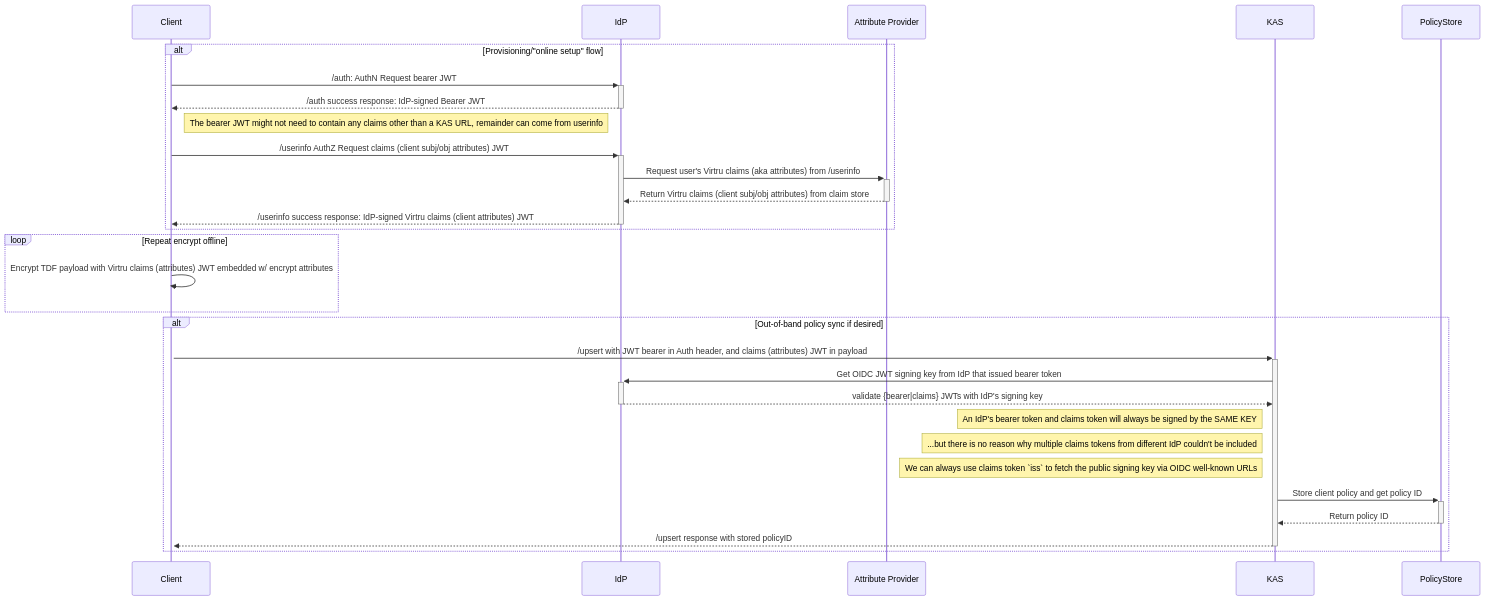
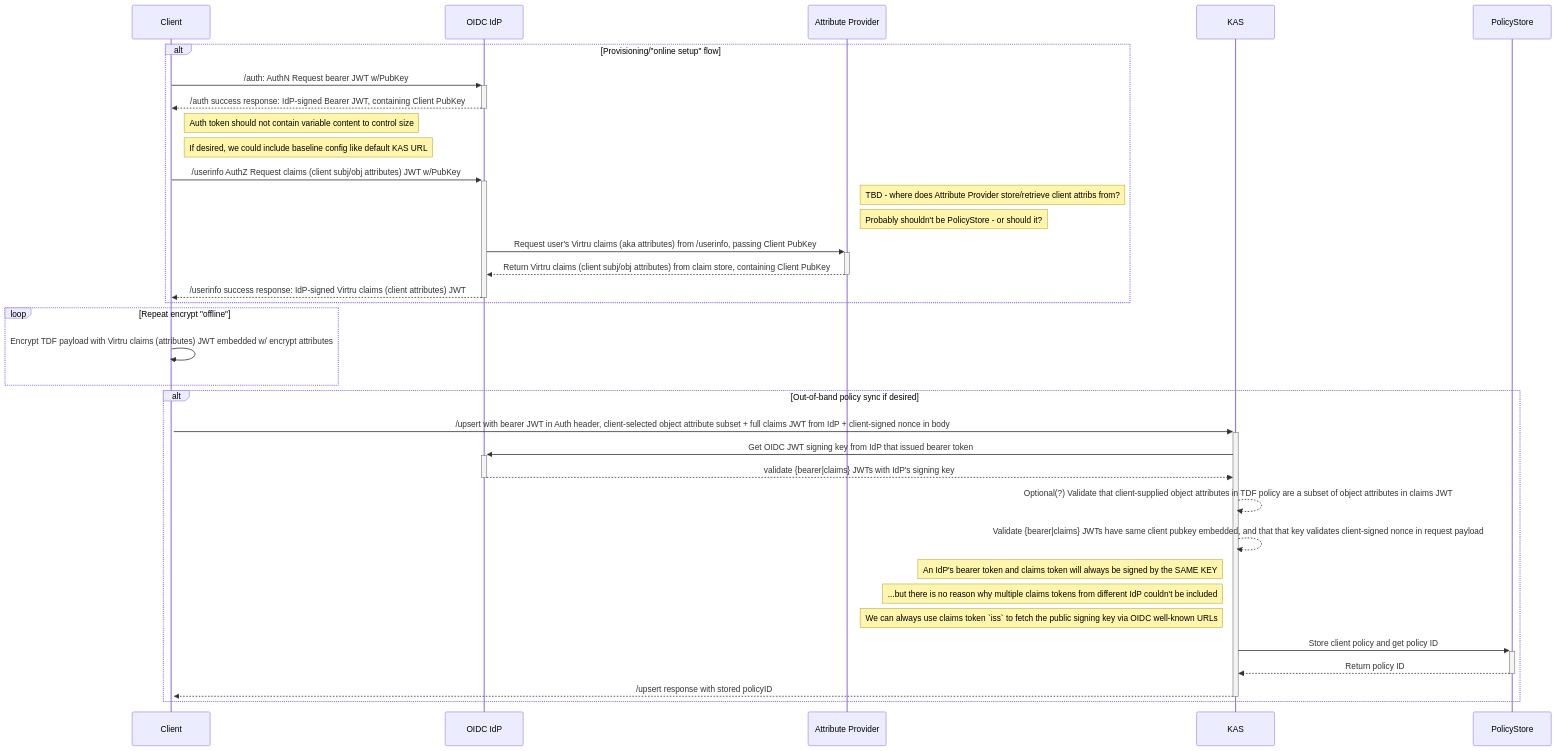
One commit to opentdf/spec changed the diagram in diagrams/oidc-offline-upsert.mmd. Above: the diagram before and after it, drawn with Mermaid. The commit also changed 11 other files, not shown here.

Commit message:
Update diagrams some more

```diff
--- a/diagrams/oidc-offline-upsert.mmd
+++ b/diagrams/oidc-offline-upsert.mmd
@@ -1,33 +1,43 @@
 sequenceDiagram
 
     participant Client
-    participant IdP
+    participant IdP as OIDC IdP
     participant Attribute Provider
     participant KAS
     participant PolicyStore
 
-   alt Provisioning/"online setup" flow
-        Client->>+IdP: /auth: AuthN Request bearer JWT
-        IdP-->>-Client: /auth success response: IdP-signed Bearer JWT
-        Note right of Client: The bearer JWT might not need to contain any claims other than a KAS URL, remainder can come from userinfo
 
-        Client->>+IdP: /userinfo AuthZ Request claims (client subj/obj attributes) JWT
-        IdP->>+Attribute Provider: Request user's Virtru claims (aka attributes) from /userinfo
-        Attribute Provider-->>-IdP: Return Virtru claims (client subj/obj attributes) from claim store
+    alt Provisioning/"online setup" flow
+
+        Client->>+IdP: /auth: AuthN Request bearer JWT w/PubKey
+        IdP-->>-Client: /auth success response: IdP-signed Bearer JWT, containing Client PubKey
+        Note right of Client: Auth token should not contain variable content to control size
+        Note right of Client: If desired, we could include baseline config like default KAS URL
+
+
+        Client->>+IdP: /userinfo AuthZ Request claims (client subj/obj attributes) JWT w/PubKey
+        Note right of Attribute Provider: TBD - where does Attribute Provider store/retrieve client attribs from?
+        Note right of Attribute Provider: Probably shouldn't be PolicyStore - or should it?
+        IdP->>+Attribute Provider: Request user's Virtru claims (aka attributes) from /userinfo, passing Client PubKey
+
+        Attribute Provider-->>-IdP: Return Virtru claims (client subj/obj attributes) from claim store, containing Client PubKey
         IdP-->>-Client: /userinfo success response: IdP-signed Virtru claims (client attributes) JWT
     end
-    loop Repeat encrypt offline
+    loop Repeat encrypt "offline"
         Client->>+Client: Encrypt TDF payload with Virtru claims (attributes) JWT embedded w/ encrypt attributes
     end
     alt Out-of-band policy sync if desired
-        Client->>+KAS: /upsert with JWT bearer in Auth header, and claims (attributes) JWT in payload
+
+        Client->>+KAS: /upsert with bearer JWT in Auth header, client-selected object attribute subset + full claims JWT from IdP + client-signed nonce in body
         KAS->>+IdP: Get OIDC JWT signing key from IdP that issued bearer token
         IdP-->>-KAS: validate {bearer|claims} JWTs with IdP's signing key
+        KAS-->>KAS: Optional(?) Validate that client-supplied object attributes in TDF policy are a subset of object attributes in claims JWT
+        KAS-->>KAS: Validate {bearer|claims} JWTs have same client pubkey embedded, and that that key validates client-signed nonce in request payload
         Note left of KAS: An IdP's bearer token and claims token will always be signed by the SAME KEY
         Note left of KAS: ...but there is no reason why multiple claims tokens from different IdP couldn't be included
         Note left of KAS: We can always use claims token `iss` to fetch the public signing key via OIDC well-known URLs
         KAS->>+PolicyStore: Store client policy and get policy ID
         PolicyStore-->>-KAS: Return policy ID
 
         KAS-->>-Client: /upsert response with stored policyID
     end
```
